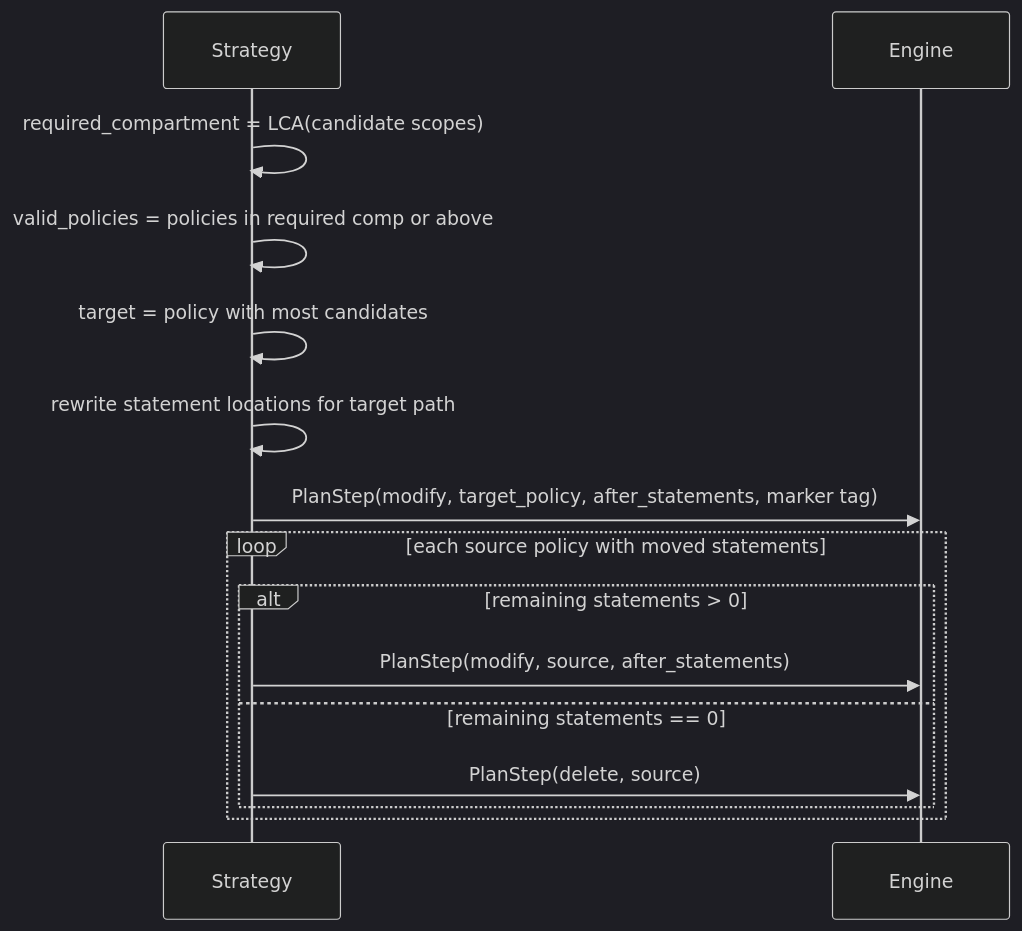
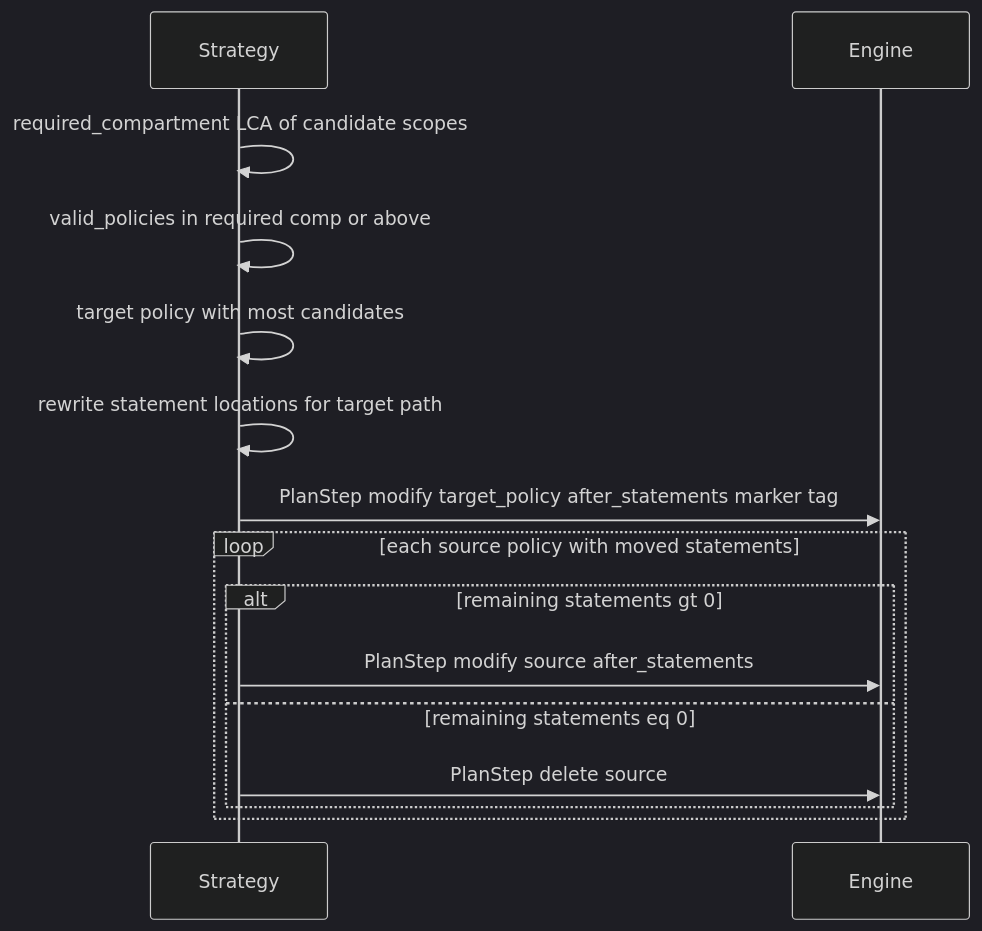
One commit to agregory999/oci-policy-analysis changed the second of 10 diagrams in docs/context/project/CONTEXT_policy_consolidation.md. Above: the diagram before and after it, drawn with Mermaid (dark theme). The commit also changed other lines of this file, not shown here.

Commit message:
docs: Context mermaid

````diff
--- a/docs/context/project/CONTEXT_policy_consolidation.md
+++ b/docs/context/project/CONTEXT_policy_consolidation.md
@@ -83,17 +83,17 @@
 ```mermaid
 sequenceDiagram
     participant Strategy
     participant Engine
-    Strategy->>Strategy: required_compartment = LCA(candidate scopes)
-    Strategy->>Strategy: valid_policies = policies in required comp or above
-    Strategy->>Strategy: target = policy with most candidates
+    Strategy->>Strategy: required_compartment LCA of candidate scopes
+    Strategy->>Strategy: valid_policies in required comp or above
+    Strategy->>Strategy: target policy with most candidates
     Strategy->>Strategy: rewrite statement locations for target path
-    Strategy->>Engine: PlanStep(modify, target_policy, after_statements, marker tag)
+    Strategy->>Engine: PlanStep modify target_policy after_statements marker tag
     loop each source policy with moved statements
-        alt remaining statements > 0
-            Strategy->>Engine: PlanStep(modify, source, after_statements)
-        else remaining statements == 0
-            Strategy->>Engine: PlanStep(delete, source)
+        alt remaining statements gt 0
+            Strategy->>Engine: PlanStep modify source after_statements
+        else remaining statements eq 0
+            Strategy->>Engine: PlanStep delete source
         end
     end
 ```
````
